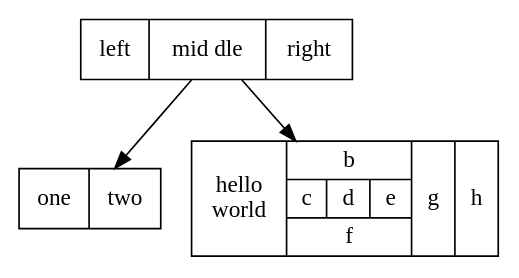
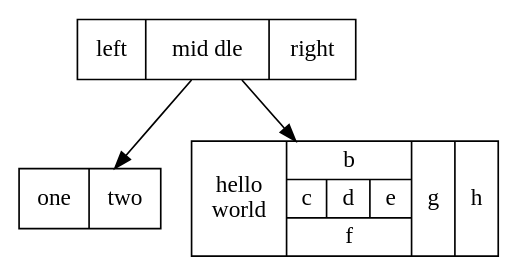
The diagram in examples/structs.dot (mikowitz/graphvix), drawn with Graphviz before and after one commit. The commit also changed 11 other files, not shown here.

```diff
--- a/examples/structs.dot
+++ b/examples/structs.dot
@@ -1,8 +1,10 @@
 digraph G {
-  node_11 [label="<f0> left|<f1> mid dle|<f2> right",shape="record"];
-  node_12 [label="<f0> one|<f1> two",shape="record"];
-  node_13 [label="hello\nworld |{b |{c|<here> d|e}| f}| g | h",shape="record"];
 
-  node_11 -> node_12;
-  node_11 -> node_13;
+  v0 [label="<f0> left | <f1> mid\ dle | <f2> right",shape="record"]
+  v1 [label="<f0> one | <f1> two",shape="record"]
+  v2 [label="hello\nworld | { b | { c | <here> d | e } | f } | g | h",shape="record"]
+
+  v0 -> v1
+  v0 -> v2
+
 }
```
